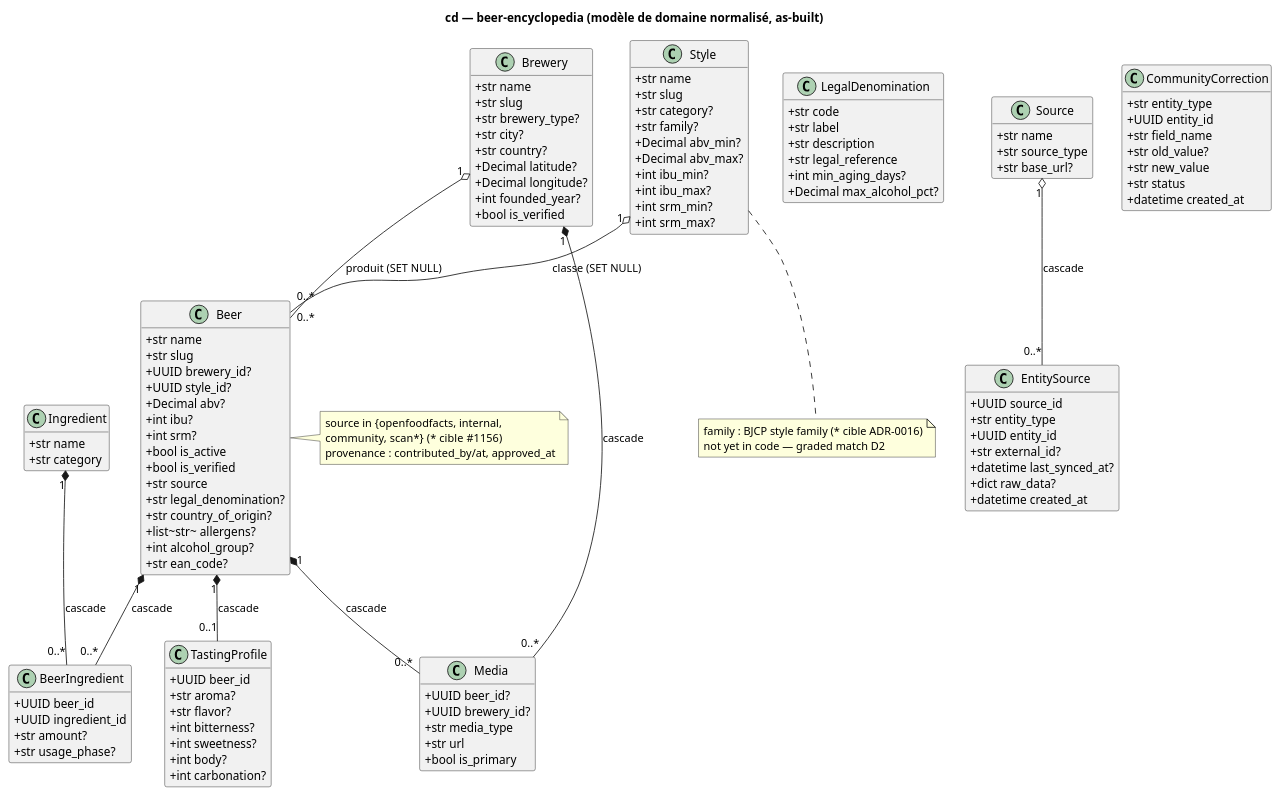
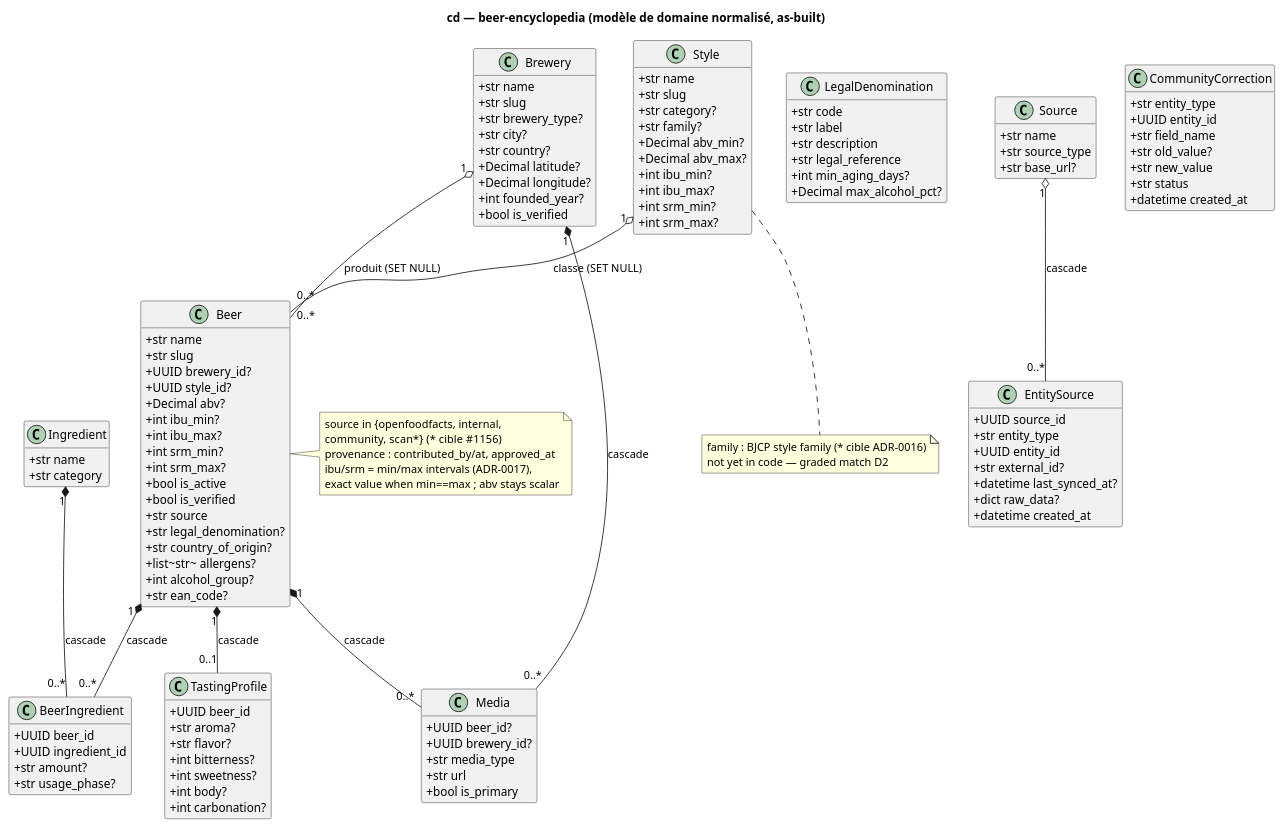
Before and after one commit to benoit-bremaud/brasse-bouillon: the second of 2 diagrams in docs/architecture/diagrams/beer-encyclopedia/04-class.md, drawn with PlantUML. The commit also changed other lines of this file and 1 other file, not shown here.

First line of the commit message:
docs(architecture): ADR-0017 — Beer IBU/colour as min/max intervals (#1201)

```diff
--- a/docs/architecture/diagrams/beer-encyclopedia/04-class.md
+++ b/docs/architecture/diagrams/beer-encyclopedia/04-class.md
@@ -145,8 +147,10 @@
   +UUID brewery_id?
   +UUID style_id?
   +Decimal abv?
-  +int ibu?
-  +int srm?
+  +int ibu_min?
+  +int ibu_max?
+  +int srm_min?
+  +int srm_max?
   +bool is_active
   +bool is_verified
   +str source
@@ -160,6 +164,8 @@
   source in {openfoodfacts, internal,
   community, scan*}  (* cible #1156)
   provenance : contributed_by/at, approved_at
+  ibu/srm = min/max intervals (ADR-0017),
+  exact value when min==max ; abv stays scalar
 end note
 
 class Brewery {
```
